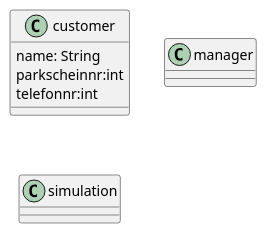
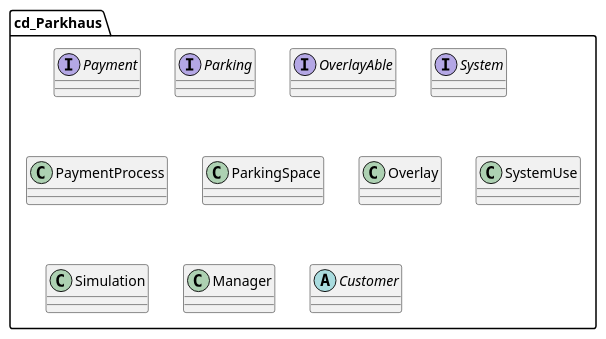
Before and after one commit to 1nbetw33n/Parkhaus_new: the diagram in src/main/exercise4/cd_Parkhaus.puml, drawn with PlantUML.

Commit message:
Reworked cd_Parkhaus.puml. Added classes + interfaces.

```diff
--- a/src/main/exercise4/cd_Parkhaus.puml
+++ b/src/main/exercise4/cd_Parkhaus.puml
@@ -1,26 +1,67 @@
 @startuml
- class customer{
+skinparam classAttributeIconSize 0
 
-    name: String
-    parkscheinnr:int
-    telefonnr:int
+package cd_Parkhaus {
+
+    interface Payment {
+
+    }
 
 
- }
+    interface Parking {
+
+    }
+
+
+    interface OverlayAble {
+
+    }
+
+
+    interface System {
+
+    }
+
+
+    class PaymentProcess {
+
+    }
+
+
+    class ParkingSpace  {
+
+    }
+
+
+    class Overlay {
+
+    }
+
+
+    class SystemUse {
+
+    }
+
+
+    class Simulation {
+
+    }
+
+
+    class Manager {
+
+    }
+
+
+    abstract class Customer {
+
+    }
 
 
 
- class manager{
-
-
- }
-
-class simulation{
 
 
 }
 
 
-
-
  @enduml
```
